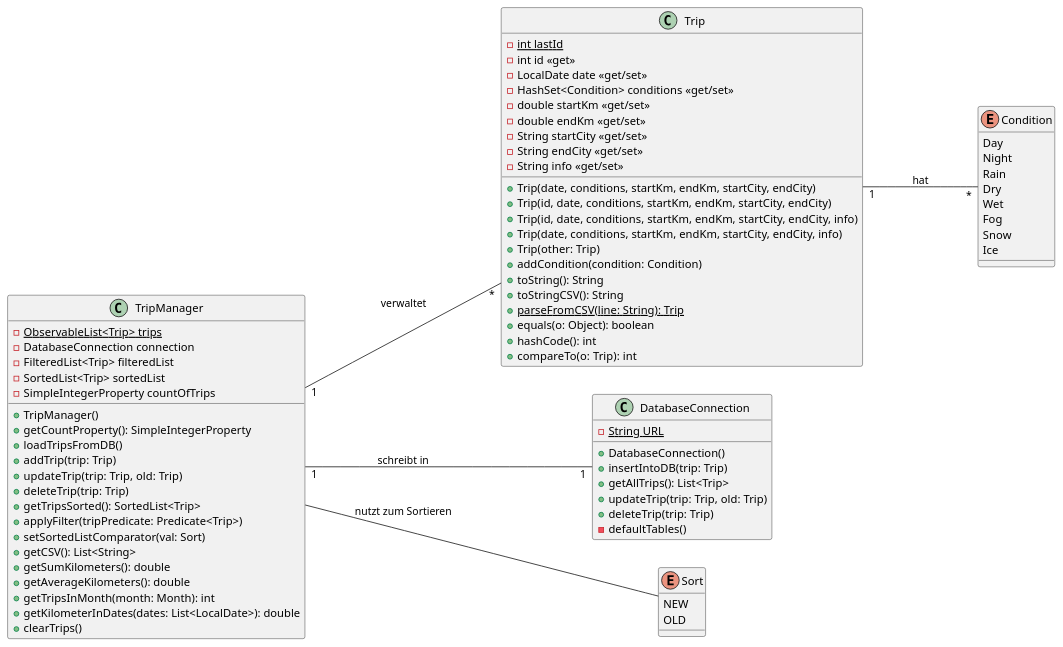
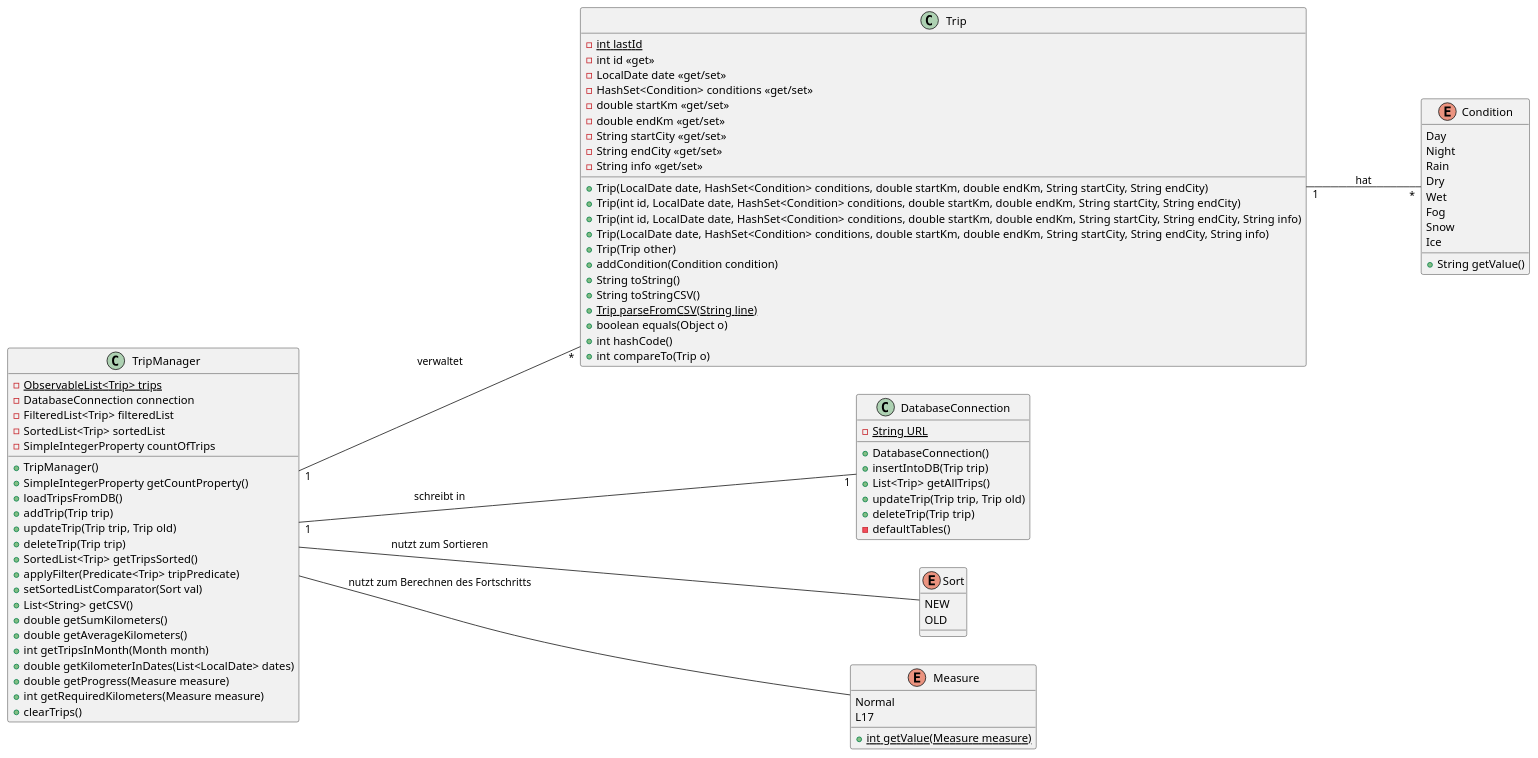
The diagram in asciidocs/docs/structure.adoc (jbrunnerhtl/Driving_Tracker_Java_Docs), drawn with PlantUML before and after one commit. The commit also changed 2 other files, not shown here.

Commit message:
updated cld

```diff
--- a/asciidocs/docs/structure.adoc
+++ b/asciidocs/docs/structure.adoc
@@ -32,18 +32,18 @@
     -String endCity <<get/set>>
     -String info <<get/set>>
 
-    +Trip(date, conditions, startKm, endKm, startCity, endCity)
-    +Trip(id, date, conditions, startKm, endKm, startCity, endCity)
-    +Trip(id, date, conditions, startKm, endKm, startCity, endCity, info)
-    +Trip(date, conditions, startKm, endKm, startCity, endCity, info)
-    +Trip(other: Trip)
-    +addCondition(condition: Condition)
-    +toString(): String
-    +toStringCSV(): String
-    +{static}parseFromCSV(line: String): Trip
-    +equals(o: Object): boolean
-    +hashCode(): int
-    +compareTo(o: Trip): int
+    +Trip(LocalDate date, HashSet<Condition> conditions, double startKm, double endKm, String startCity, String endCity)
+    +Trip(int id, LocalDate date, HashSet<Condition> conditions, double startKm, double endKm, String startCity, String endCity)
+    +Trip(int id, LocalDate date, HashSet<Condition> conditions, double startKm, double endKm, String startCity, String endCity, String info)
+    +Trip(LocalDate date, HashSet<Condition> conditions, double startKm, double endKm, String startCity, String endCity, String info)
+    +Trip(Trip other)
+    +addCondition(Condition condition)
+    +String toString()
+    +String toStringCSV()
+    +{static}Trip parseFromCSV(String line)
+    +boolean equals(Object o)
+    +int hashCode()
+    +int compareTo(Trip o)
 }
 
 class TripManager {
@@ -54,19 +54,21 @@
     -SimpleIntegerProperty countOfTrips
 
     +TripManager()
-    +getCountProperty(): SimpleIntegerProperty
+    +SimpleIntegerProperty getCountProperty()
     +loadTripsFromDB()
-    +addTrip(trip: Trip)
-    +updateTrip(trip: Trip, old: Trip)
-    +deleteTrip(trip: Trip)
-    +getTripsSorted(): SortedList<Trip>
-    +applyFilter(tripPredicate: Predicate<Trip>)
-    +setSortedListComparator(val: Sort)
-    +getCSV(): List<String>
-    +getSumKilometers(): double
-    +getAverageKilometers(): double
-    +getTripsInMonth(month: Month): int
-    +getKilometerInDates(dates: List<LocalDate>): double
+    +addTrip(Trip trip)
+    +updateTrip(Trip trip, Trip old)
+    +deleteTrip(Trip trip)
+    +SortedList<Trip> getTripsSorted()
+    +applyFilter(Predicate<Trip> tripPredicate)
+    +setSortedListComparator(Sort val)
+    +List<String> getCSV()
+    +double getSumKilometers()
+    +double getAverageKilometers()
+    +int getTripsInMonth(Month month)
+    +double getKilometerInDates(List<LocalDate> dates)
+    +double getProgress(Measure measure)
+    +int getRequiredKilometers(Measure measure)
     +clearTrips()
 }
 
@@ -74,10 +76,10 @@
     {static}-String URL
 
     +DatabaseConnection()
-    +insertIntoDB(trip: Trip)
-    +getAllTrips(): List<Trip>
-    +updateTrip(trip: Trip, old: Trip)
-    +deleteTrip(trip: Trip)
+    +insertIntoDB(Trip trip)
+    +List<Trip> getAllTrips()
+    +updateTrip(Trip trip, Trip old)
+    +deleteTrip(Trip trip)
     -defaultTables()
 }
 
@@ -90,6 +92,7 @@
     Fog
     Snow
     Ice
+    +String getValue()
 }
 
 enum Sort {
@@ -97,10 +100,17 @@
     OLD
 }
 
+enum Measure {
+    Normal
+    L17
+    +{static}int getValue(Measure measure)
+}
+
 Trip "1" --- "*" Condition : hat
 TripManager "1" --- "*" Trip : verwaltet
 TripManager "1" --- "1" DatabaseConnection : schreibt in
 TripManager --- Sort : nutzt zum Sortieren
+TripManager --- Measure : nutzt zum Berechnen des Fortschritts
 
 @enduml
 ----
```
